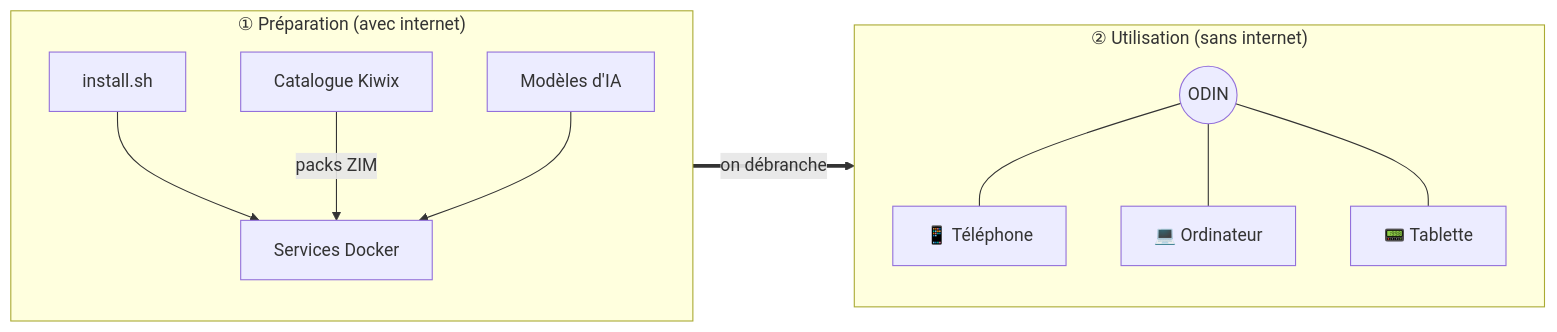
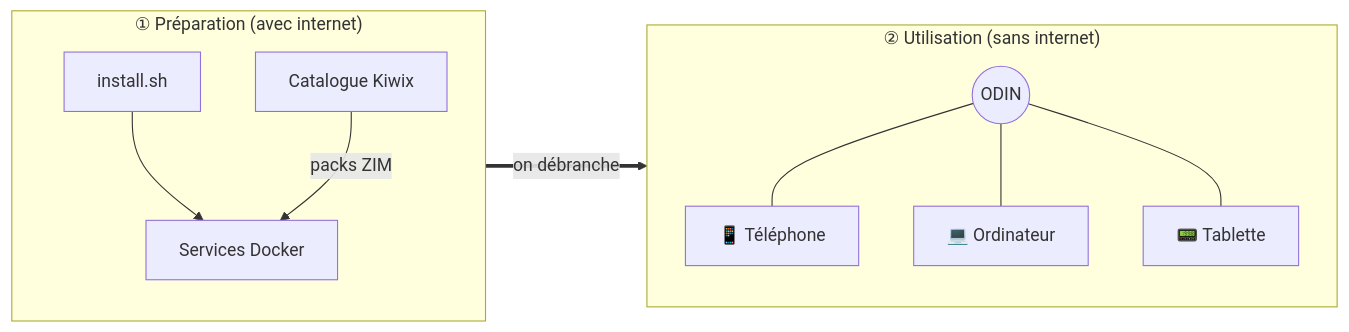
One commit to Gorgo126/ODIN changed the first of 2 diagrams in README.md. Above: the diagram before and after it, drawn with Mermaid. The commit also changed other lines of this file and 11 other files, not shown here.

````diff
--- a/README.md
+++ b/README.md
@@ -72,16 +71,15 @@
 ```mermaid
 flowchart LR
     subgraph prep["① Préparation (avec internet)"]
         direction TB
         I["install.sh"] --> S["Services Docker"]
         C["Catalogue Kiwix"] -->|packs ZIM| S
-        M["Modèles d'IA"] --> S
     end
     subgraph usage["② Utilisation (sans internet)"]
         direction TB
         O(("ODIN")) --- P1["📱 Téléphone"]
         O --- P2["💻 Ordinateur"]
         O --- P3["📟 Tablette"]
     end
     prep ==>|on débranche| usage
 ```
````
